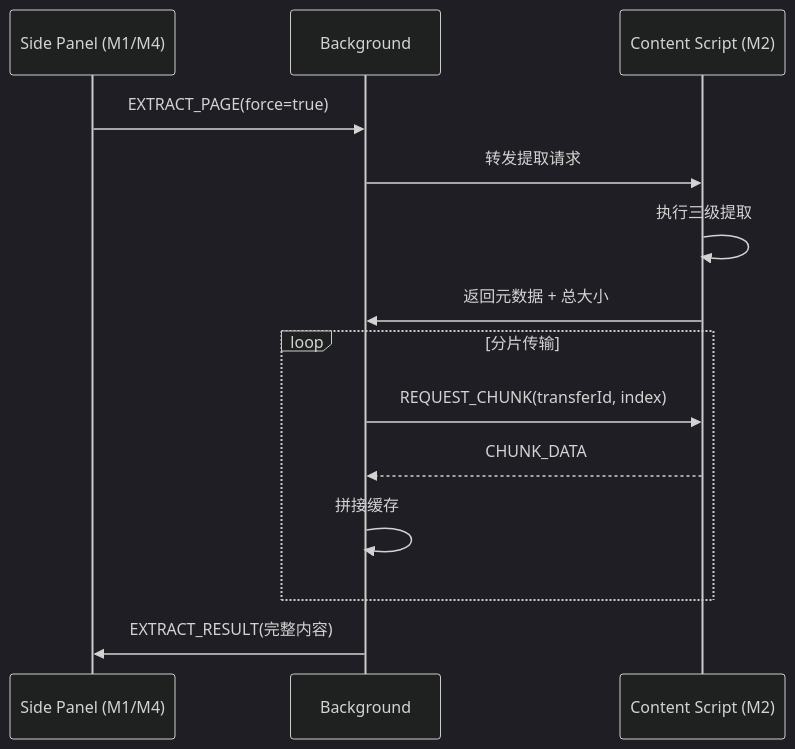
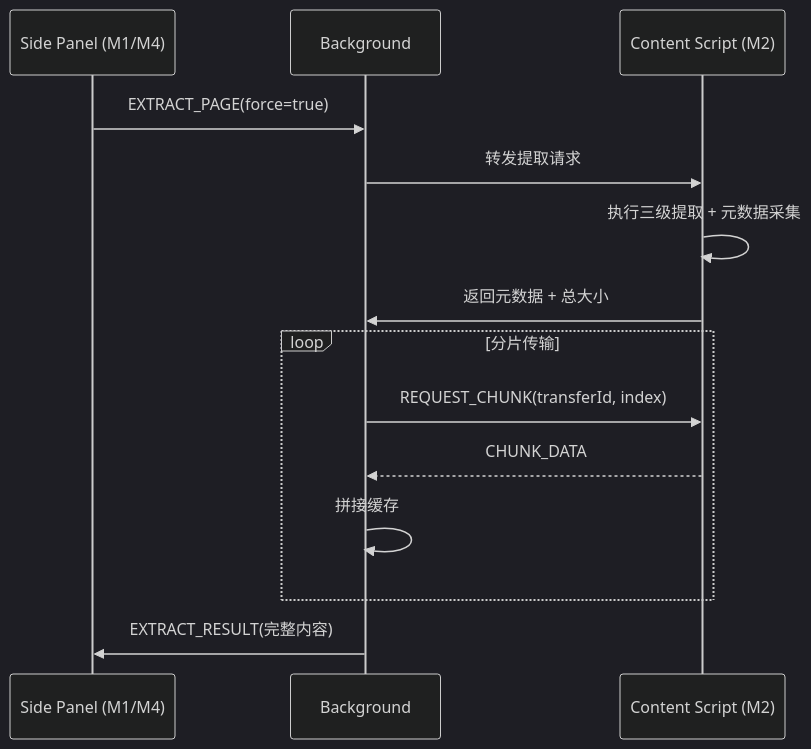
Before and after one commit to qqlcx5/ai-reader: the diagram in doc/design-02-extraction.md, drawn with Mermaid (dark theme). The commit also changed other lines of this file and 85 other files, not shown here.

````diff
--- a/doc/design-02-extraction.md
+++ b/doc/design-02-extraction.md
@@ -160,17 +354,17 @@
 ```mermaid
 sequenceDiagram
     participant SP as Side Panel (M1/M4)
     participant BG as Background
     participant CS as Content Script (M2)
 
     SP->>BG: EXTRACT_PAGE(force=true)
     BG->>CS: 转发提取请求
-    CS->>CS: 执行三级提取
+    CS->>CS: 执行三级提取 + 元数据采集
     CS->>BG: 返回元数据 + 总大小
     loop 分片传输
         BG->>CS: REQUEST_CHUNK(transferId, index)
         CS-->>BG: CHUNK_DATA
         BG->>BG: 拼接缓存
     end
     BG->>SP: EXTRACT_RESULT(完整内容)
 ```
````
